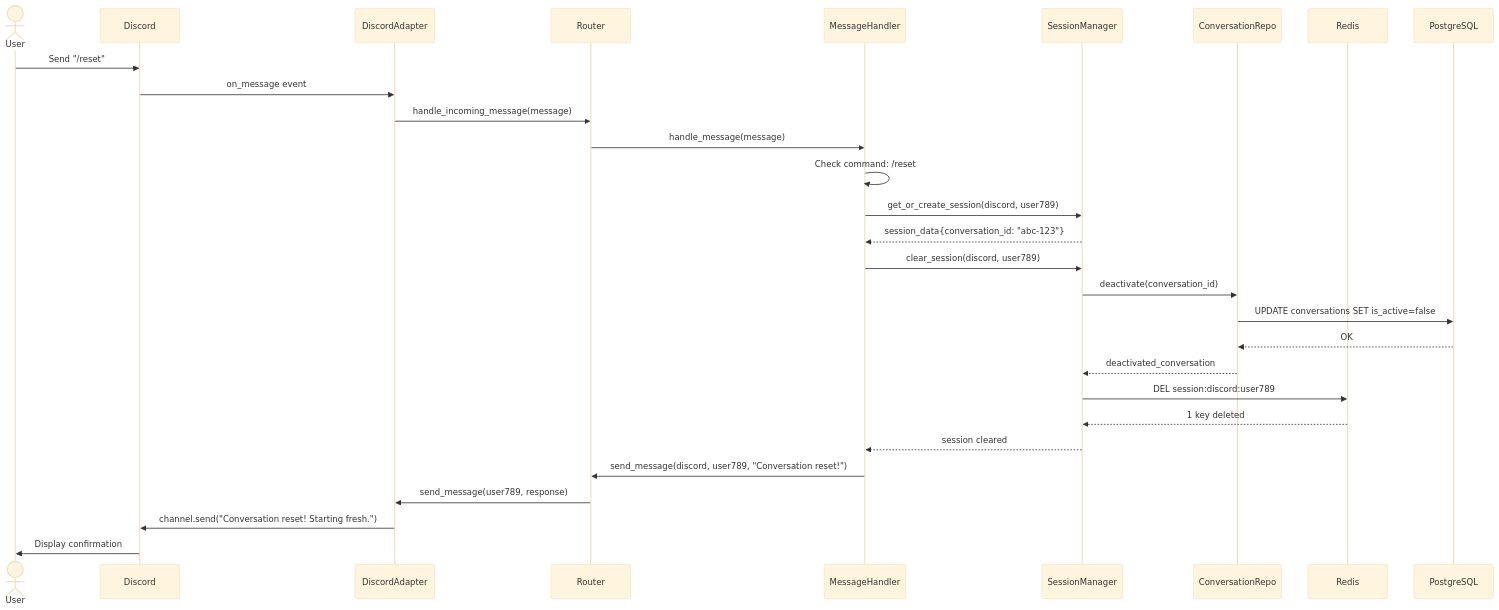
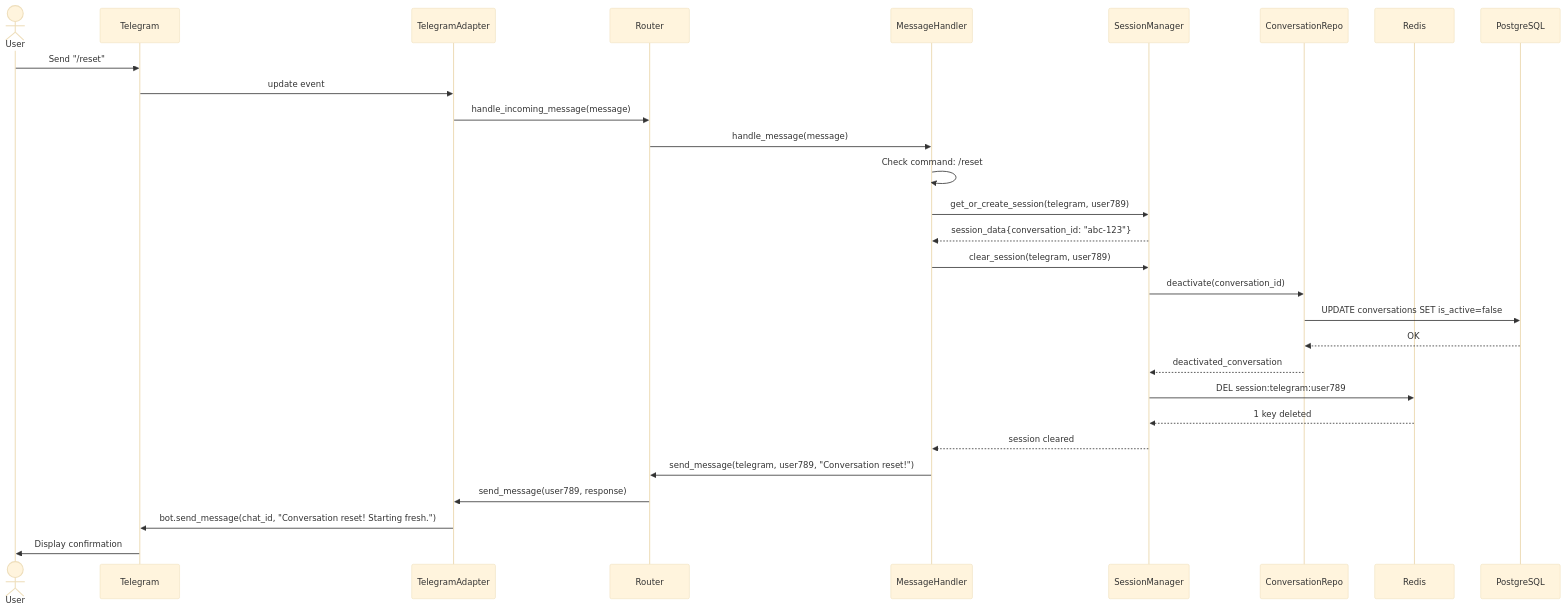
The third of 15 diagrams in docs/sequence-diagrams.md (Htunn/simple-ai-agent), drawn with Mermaid (base theme) before and after one commit. The commit also changed other lines of this file and 26 other files, not shown here.

First line of the commit message:
feat: remove Discord integration, focus on Telegram and Slack only

````diff
--- a/docs/sequence-diagrams.md
+++ b/docs/sequence-diagrams.md
@@ -150,40 +150,40 @@
 ```mermaid
 sequenceDiagram
     actor User
-    participant Discord
-    participant DiscordAdapter
+    participant Telegram
+    participant TelegramAdapter
     participant Router
     participant MessageHandler
     participant SessionManager
     participant ConversationRepo
     participant Redis
     participant PostgreSQL
 
-    User->>Discord: Send "/reset"
-    Discord->>DiscordAdapter: on_message event
-    DiscordAdapter->>Router: handle_incoming_message(message)
+    User->>Telegram: Send "/reset"
+    Telegram->>TelegramAdapter: update event
+    TelegramAdapter->>Router: handle_incoming_message(message)
     Router->>MessageHandler: handle_message(message)
     
     MessageHandler->>MessageHandler: Check command: /reset
     
-    MessageHandler->>SessionManager: get_or_create_session(discord, user789)
+    MessageHandler->>SessionManager: get_or_create_session(telegram, user789)
     SessionManager-->>MessageHandler: session_data{conversation_id: "abc-123"}
     
-    MessageHandler->>SessionManager: clear_session(discord, user789)
+    MessageHandler->>SessionManager: clear_session(telegram, user789)
     
     %% Deactivate conversation
     SessionManager->>ConversationRepo: deactivate(conversation_id)
     ConversationRepo->>PostgreSQL: UPDATE conversations SET is_active=false
     PostgreSQL-->>ConversationRepo: OK
     ConversationRepo-->>SessionManager: deactivated_conversation
     
     %% Clear cache
-    SessionManager->>Redis: DEL session:discord:user789
+    SessionManager->>Redis: DEL session:telegram:user789
     Redis-->>SessionManager: 1 key deleted
     SessionManager-->>MessageHandler: session cleared
     
-    MessageHandler->>Router: send_message(discord, user789, "Conversation reset!")
-    Router->>DiscordAdapter: send_message(user789, response)
-    DiscordAdapter->>Discord: channel.send("Conversation reset! Starting fresh.")
-    Discord->>User: Display confirmation
+    MessageHandler->>Router: send_message(telegram, user789, "Conversation reset!")
+    Router->>TelegramAdapter: send_message(user789, response)
+    TelegramAdapter->>Telegram: bot.send_message(chat_id, "Conversation reset! Starting fresh.")
+    Telegram->>User: Display confirmation
 ```
````
